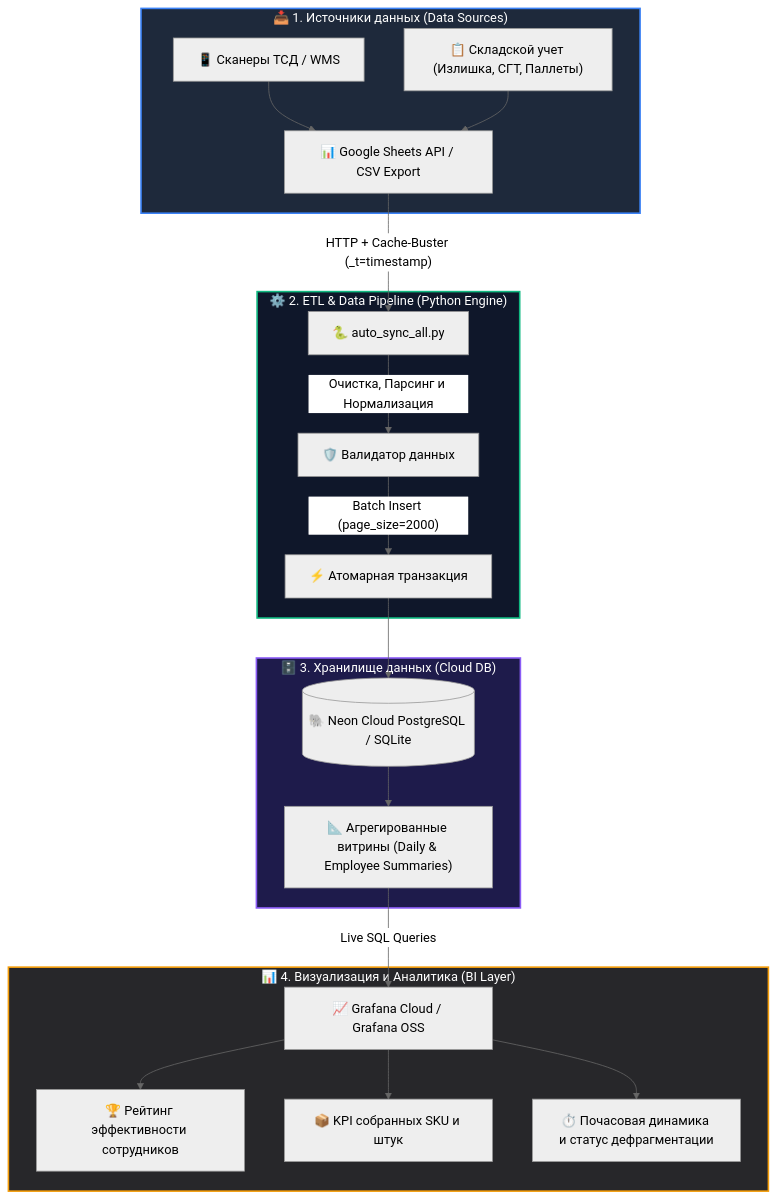
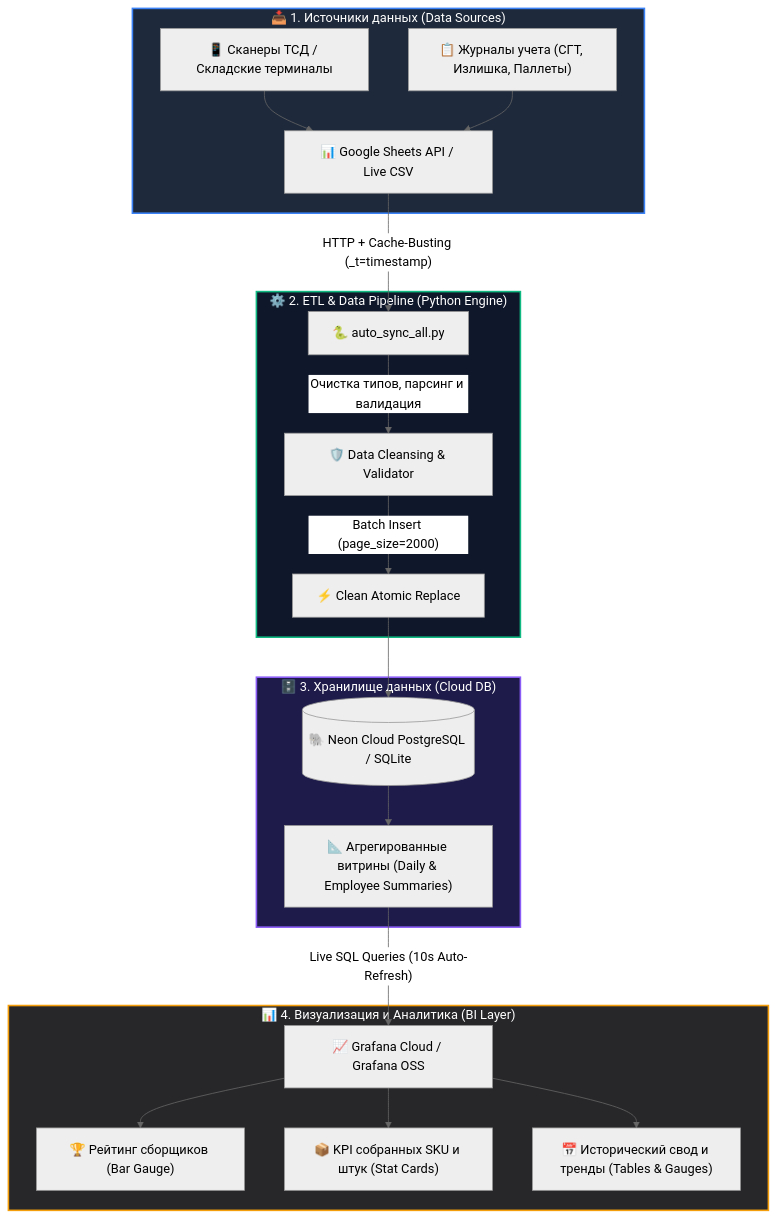
Before and after one commit to theanvarow/grafana-warehouse-sync: the diagram in README.md, drawn with Mermaid (neutral theme). The commit also changed other lines of this file and 3 other files, not shown here.

````diff
--- a/README.md
+++ b/README.md
@@ -33,30 +60,30 @@
 ```mermaid
 flowchart TD
     subgraph S["📥 1. Источники данных (Data Sources)"]
-        G1["📱 Сканеры ТСД / WMS"] --> GS["📊 Google Sheets API / CSV Export"]
-        G2["📋 Складской учет (Излишка, СГТ, Паллеты)"] --> GS
+        G1["📱 Сканеры ТСД / Складские терминалы"] --> GS["📊 Google Sheets API / Live CSV"]
+        G2["📋 Журналы учета (СГТ, Излишка, Паллеты)"] --> GS
     end
 
     subgraph E["⚙️ 2. ETL & Data Pipeline (Python Engine)"]
-        GS -->|"HTTP + Cache-Buster (_t=timestamp)"| PY["🐍 auto_sync_all.py"]
-        PY -->|"Очистка, Парсинг и Нормализация"| VAL["🛡️ Валидатор данных"]
-        VAL -->|"Batch Insert (page_size=2000)"| AT["⚡ Атомарная транзакция"]
+        GS -->|"HTTP + Cache-Busting (_t=timestamp)"| PY["🐍 auto_sync_all.py"]
+        PY -->|"Очистка типов, парсинг и валидация"| VAL["🛡️ Data Cleansing & Validator"]
+        VAL -->|"Batch Insert (page_size=2000)"| AT["⚡ Clean Atomic Replace"]
     end
 
     subgraph D["🗄️ 3. Хранилище данных (Cloud DB)"]
         AT --> DB[("🐘 Neon Cloud PostgreSQL / SQLite")]
         DB --> AGG["📐 Агрегированные витрины (Daily & Employee Summaries)"]
     end
 
     subgraph V["📊 4. Визуализация и Аналитика (BI Layer)"]
-        AGG -->|"Live SQL Queries"| GF["📈 Grafana Cloud / Grafana OSS"]
-        GF --> D1["🏆 Рейтинг эффективности сотрудников"]
-        GF --> D2["📦 KPI собранных SKU и штук"]
-        GF --> D3["⏱️ Почасовая динамика и статус дефрагментации"]
+        AGG -->|"Live SQL Queries (10s Auto-Refresh)"| GF["📈 Grafana Cloud / Grafana OSS"]
+        GF --> D1["🏆 Рейтинг сборщиков (Bar Gauge)"]
+        GF --> D2["📦 KPI собранных SKU и штук (Stat Cards)"]
+        GF --> D3["📅 Исторический свод и тренды (Tables & Gauges)"]
     end
 
     style S fill:#1e293b,stroke:#3b82f6,stroke-width:2px,color:#fff
     style E fill:#0f172a,stroke:#10b981,stroke-width:2px,color:#fff
     style D fill:#1e1b4b,stroke:#8b5cf6,stroke-width:2px,color:#fff
     style V fill:#27272a,stroke:#f59e0b,stroke-width:2px,color:#fff
 ```
````
